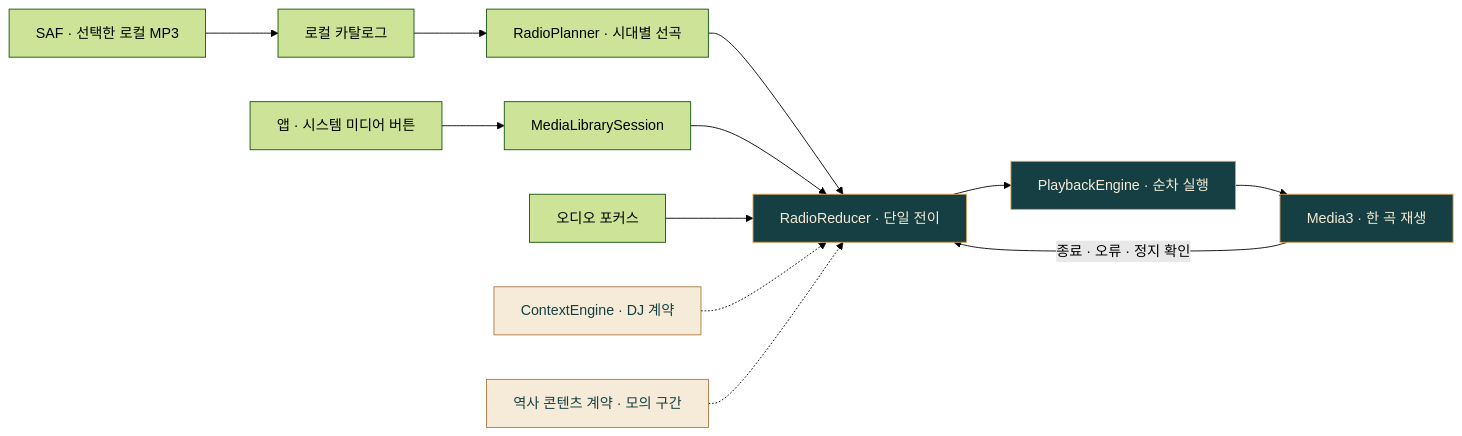
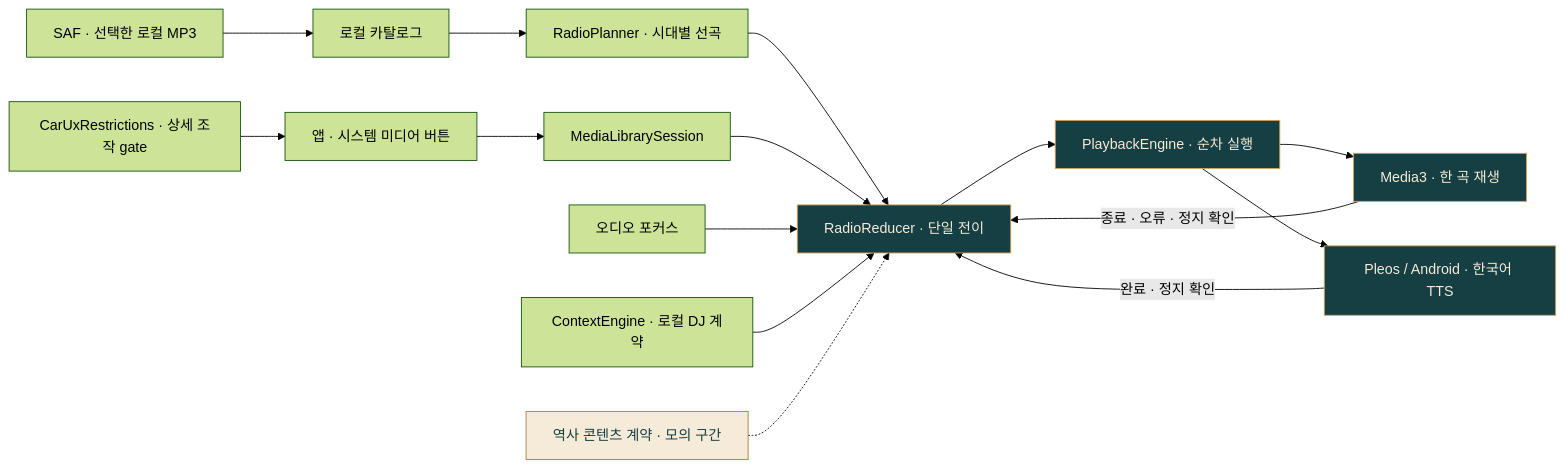
The diagram in README.md (Branchman555/Answer-Me-Radio), drawn with Mermaid (forest theme) before and after one commit. The commit also changed other lines of this file and 50 other files, not shown here.

````diff
--- a/README.md
+++ b/README.md
@@ -69,18 +79,21 @@
 ```mermaid
 flowchart LR
     A[SAF · 선택한 로컬 MP3] --> B[로컬 카탈로그]
     B --> C[RadioPlanner · 시대별 선곡]
     C --> D[RadioReducer · 단일 전이]
     U[앱 · 시스템 미디어 버튼] --> S[MediaLibrarySession]
     S --> D
     D --> E[PlaybackEngine · 순차 실행]
     E --> P[Media3 · 한 곡 재생]
+    E --> V[Pleos / Android · 한국어 TTS]
+    V -->|완료 · 정지 확인| D
+    G[CarUxRestrictions · 상세 조작 gate] --> U
     P -->|종료 · 오류 · 정지 확인| D
     F[오디오 포커스] --> D
-    X[ContextEngine · DJ 계약] -.-> D
+    X[ContextEngine · 로컬 DJ 계약] --> D
     Y[역사 콘텐츠 계약 · 모의 구간] -.-> D
     classDef core fill:#153F42,color:#F5EBD8,stroke:#D9A058
     classDef future fill:#F5EBD8,color:#153F42,stroke:#AD7941
-    class D,E,P core
-    class X,Y future
+    class D,E,P,V core
+    class Y future
 ```
````
